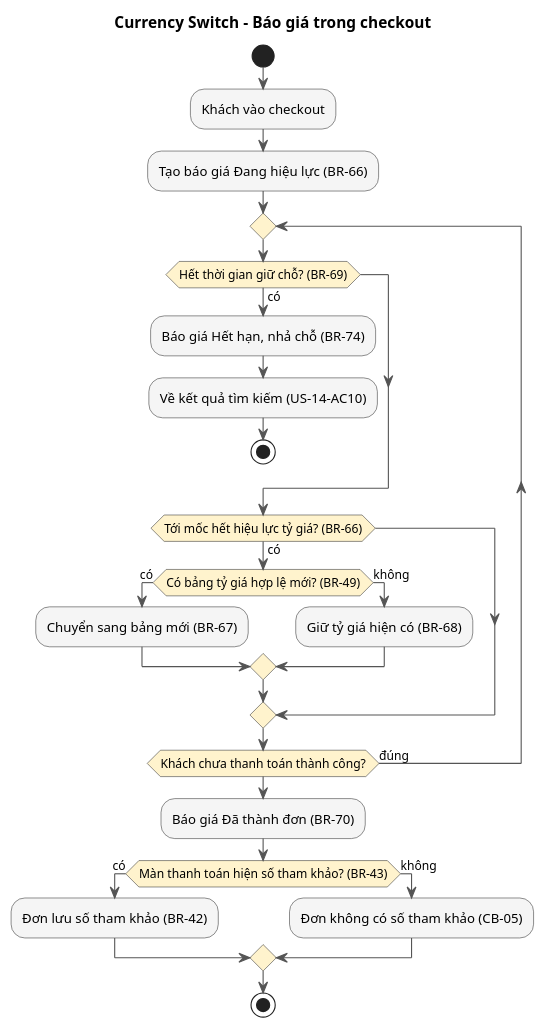
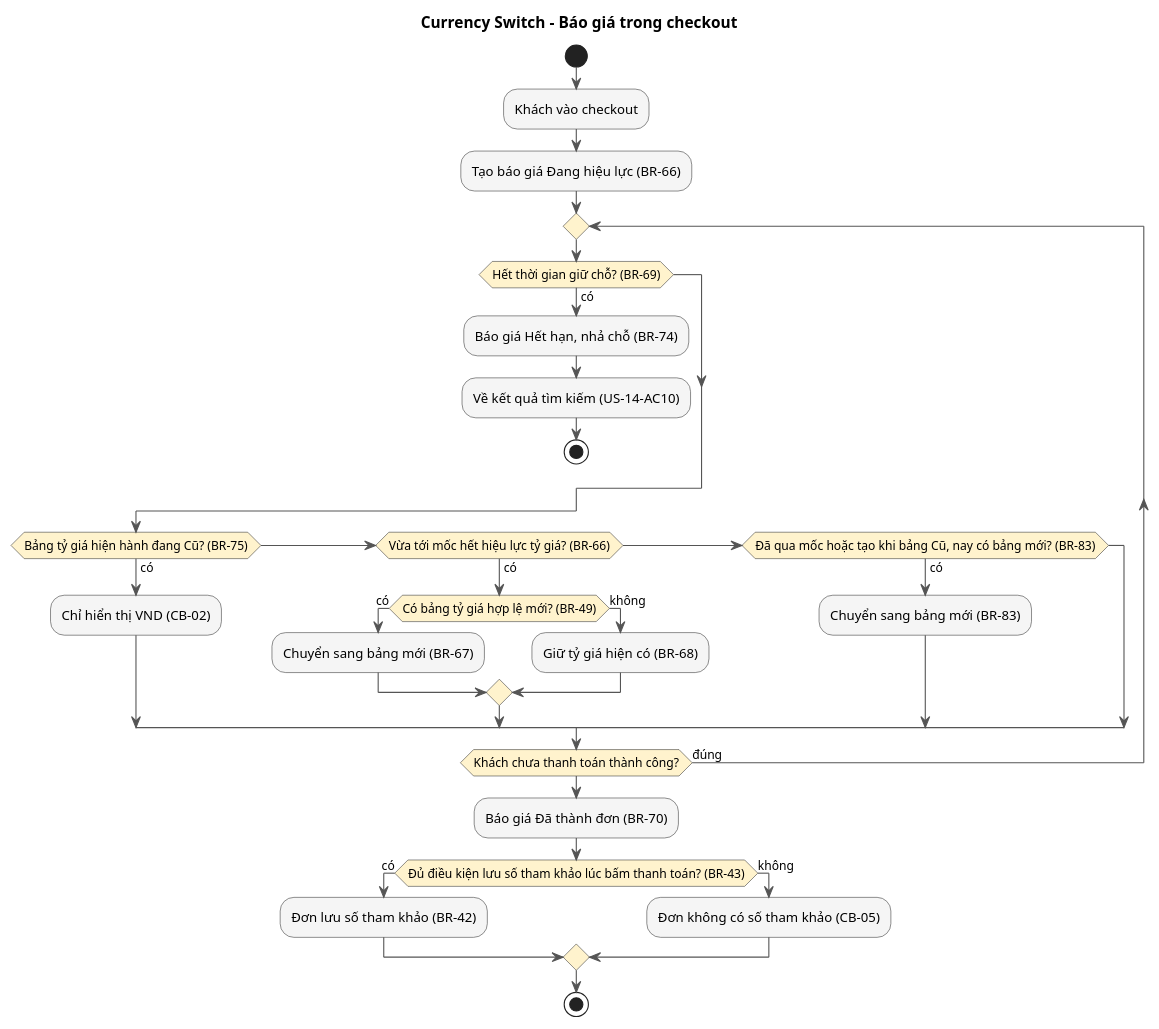
Before and after one commit to Tuon-Tun/PRD_Vexere: the second of 3 diagrams in domain-knowledge/currency-switch/PRDs/currency-switch_PRD.md, drawn with PlantUML. The commit also changed other lines of this file, not shown here.

````diff
--- a/domain-knowledge/currency-switch/PRDs/currency-switch_PRD.md
+++ b/domain-knowledge/currency-switch/PRDs/currency-switch_PRD.md
@@ -456,35 +419,39 @@
 ```plantuml
 @startuml
 skinparam ActivityBackgroundColor #f5f5f5
 skinparam ActivityBorderColor #333333
 skinparam ArrowColor #555555
 skinparam ActivityDiamondBackgroundColor #fff3cd
 
 title Currency Switch - Báo giá trong checkout
 
 start
 :Khách vào checkout;
 :Tạo báo giá Đang hiệu lực (BR-66);
 repeat
   if (Hết thời gian giữ chỗ? (BR-69)) then (có)
     :Báo giá Hết hạn, nhả chỗ (BR-74);
     :Về kết quả tìm kiếm (US-14-AC10);
     stop
   endif
-  if (Tới mốc hết hiệu lực tỷ giá? (BR-66)) then (có)
+  if (Bảng tỷ giá hiện hành đang Cũ? (BR-75)) then (có)
+    :Chỉ hiển thị VND (CB-02);
+  elseif (Vừa tới mốc hết hiệu lực tỷ giá? (BR-66)) then (có)
     if (Có bảng tỷ giá hợp lệ mới? (BR-49)) then (có)
       :Chuyển sang bảng mới (BR-67);
     else (không)
       :Giữ tỷ giá hiện có (BR-68);
     endif
+  elseif (Đã qua mốc hoặc tạo khi bảng Cũ, nay có bảng mới? (BR-83)) then (có)
+    :Chuyển sang bảng mới (BR-83);
   endif
 repeat while (Khách chưa thanh toán thành công?) is (đúng)
 :Báo giá Đã thành đơn (BR-70);
-if (Màn thanh toán hiện số tham khảo? (BR-43)) then (có)
+if (Đủ điều kiện lưu số tham khảo lúc bấm thanh toán? (BR-43)) then (có)
   :Đơn lưu số tham khảo (BR-42);
 else (không)
   :Đơn không có số tham khảo (CB-05);
 endif
 stop
 @enduml
 ```
````
